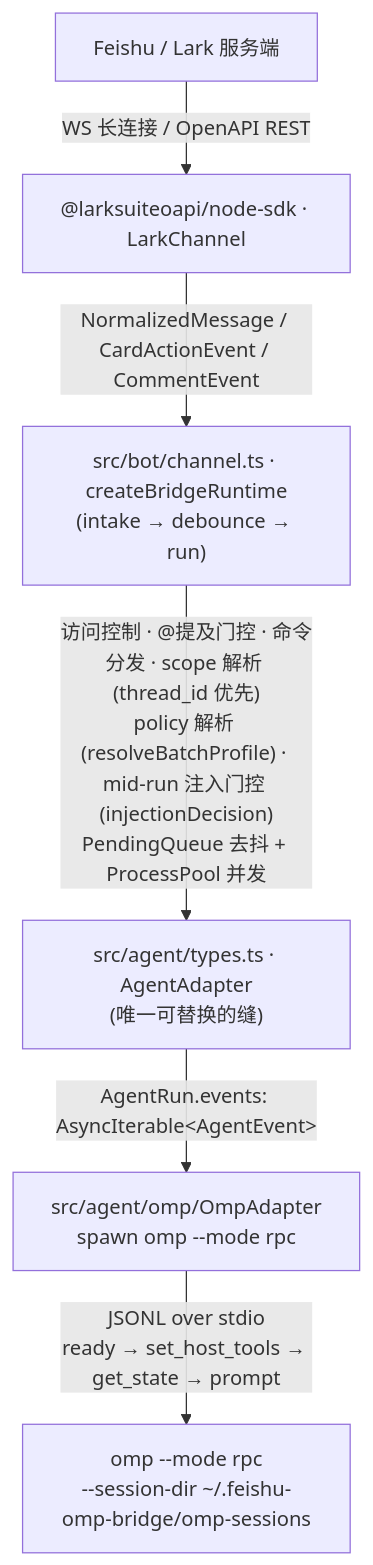
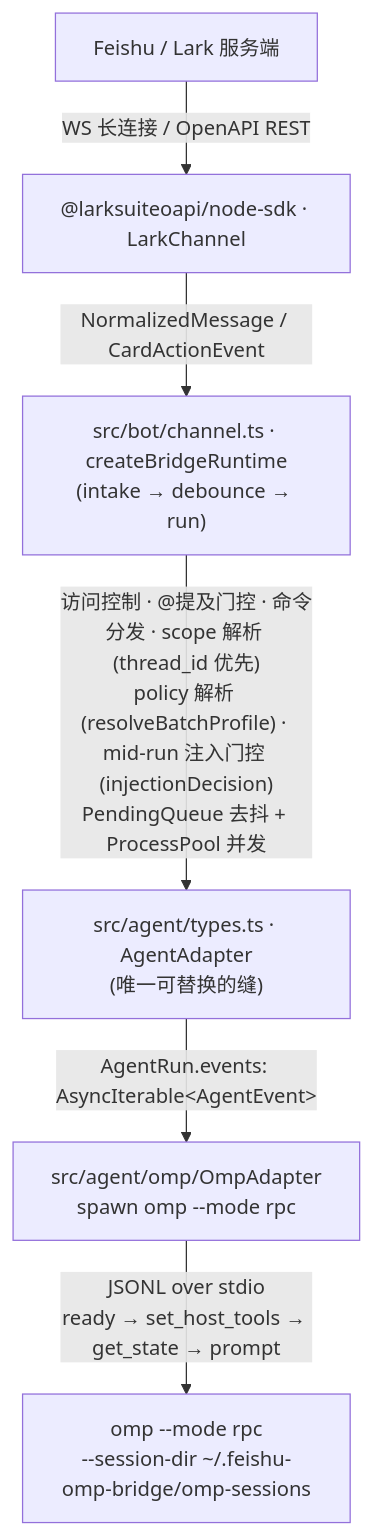
Before and after one commit to sorphwer/feishu-omp-bridge: the diagram in how-it-works/README.md, drawn with Mermaid. The commit also changed other lines of this file and 15 other files, not shown here.

````diff
--- a/how-it-works/README.md
+++ b/how-it-works/README.md
@@ -19,14 +21,14 @@
 ```mermaid
 flowchart TD
   FS["Feishu / Lark 服务端"]
   SDK["@larksuiteoapi/node-sdk · LarkChannel"]
   CH["src/bot/channel.ts · createBridgeRuntime<br/>(intake → debounce → run)"]
   AD["src/agent/types.ts · AgentAdapter<br/>(唯一可替换的缝)"]
   OMP["src/agent/omp/OmpAdapter<br/>spawn omp --mode rpc"]
   PROC["omp --mode rpc<br/>--session-dir ~/.feishu-omp-bridge/omp-sessions"]
   FS -->|"WS 长连接 / OpenAPI REST"| SDK
-  SDK -->|"NormalizedMessage / CardActionEvent / CommentEvent"| CH
+  SDK -->|"NormalizedMessage / CardActionEvent"| CH
   CH -->|"访问控制 · @提及门控 · 命令分发 · scope 解析 (thread_id 优先)<br/>policy 解析 (resolveBatchProfile) · mid-run 注入门控 (injectionDecision)<br/>PendingQueue 去抖 + ProcessPool 并发"| AD
   AD -->|"AgentRun.events: AsyncIterable&lt;AgentEvent&gt;"| OMP
   OMP -->|"JSONL over stdio<br/>ready → set_host_tools → get_state → prompt"| PROC
 ```
````
